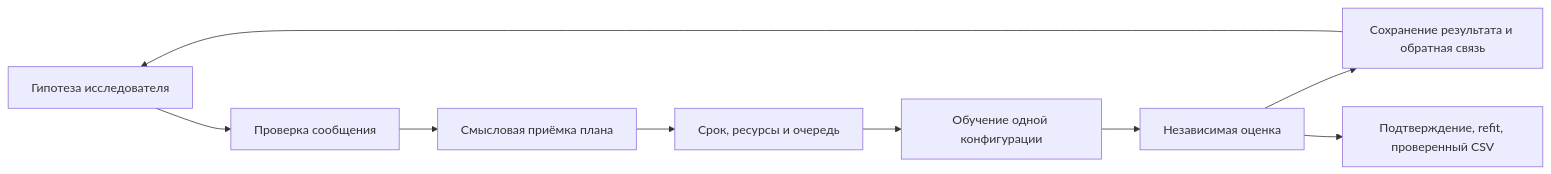
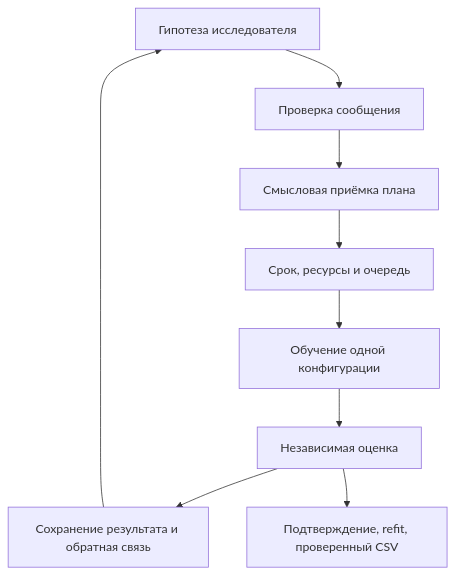
One commit to ExpertDaniil/stepan changed the diagram in docs/LIBRARY_REVIEW.md. Above: the diagram before and after it, drawn with Mermaid. The commit also changed other lines of this file and 3 other files, not shown here.

Commit message:
docs: record verified release and improve project diagrams

````diff
--- a/docs/LIBRARY_REVIEW.md
+++ b/docs/LIBRARY_REVIEW.md
@@ -36,11 +36,11 @@
 ```mermaid
-flowchart LR
+flowchart TD
     R["Гипотеза исследователя"] --> S["Проверка сообщения"]
     S --> A["Смысловая приёмка плана"]
     A --> B["Срок, ресурсы и очередь"]
     B --> W["Обучение одной конфигурации"]
     W --> E["Независимая оценка"]
     E --> H["Сохранение результата и обратная связь"]
     H --> R
     E --> F["Подтверждение, refit, проверенный CSV"]
 ```
````
